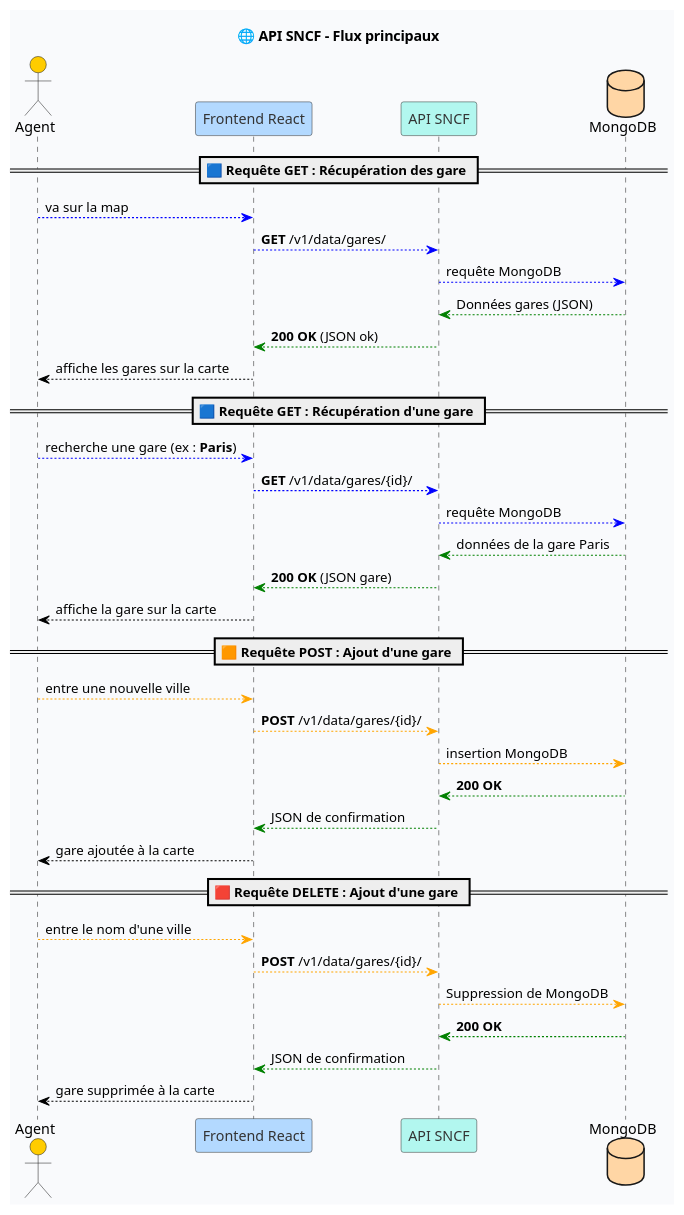
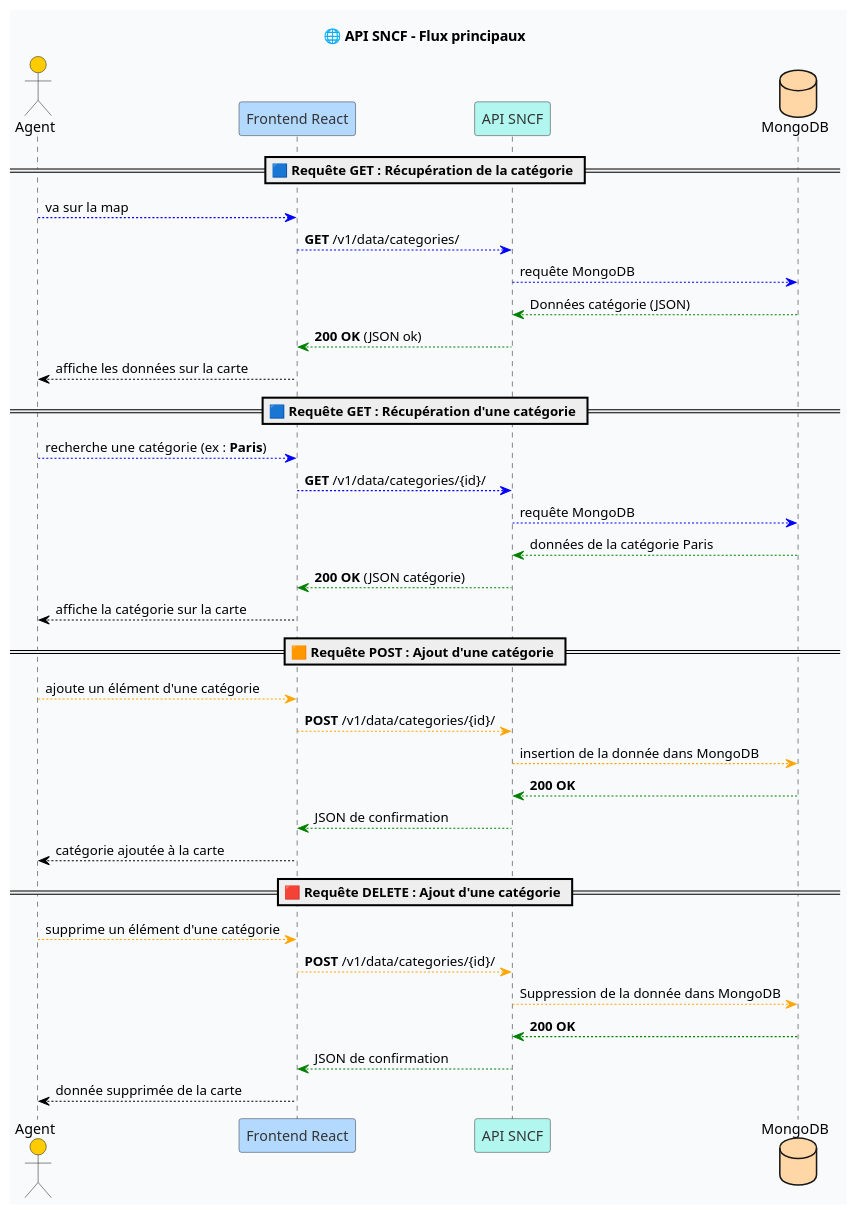
One commit to SNCF-Explorer/api_sncfexplorer changed the diagram in docs/architecture-puml/api-architecture.puml. Above: the diagram before and after it, drawn with PlantUML.

Commit message:
Change API's Architecture

```diff
--- a/docs/architecture-puml/api-architecture.puml
+++ b/docs/architecture-puml/api-architecture.puml
@@ -1,51 +1,51 @@
 @startuml 🌐 API SNCF - Flux principaux 
 title 🌐 API SNCF - Flux principaux
 
 skinparam backgroundColor #f9fafc
 skinparam participant {
   BackgroundColor #ffffff
   BorderColor #333
   FontColor #333
 }
 
 actor Agent #ffcc00
 participant "Frontend React" as Front #b3d9ff
 participant "API SNCF" as API #b2f7ef
 database "MongoDB" as DB #ffd6a5
 
-== 🟦 Requête GET : Récupération des gare ==
+== 🟦 Requête GET : Récupération de la catégorie ==
 
 Agent -[#blue]-> Front : va sur la map
-Front -[#blue]-> API : <b>GET</b> /v1/data/gares/
+Front -[#blue]-> API : <b>GET</b> /v1/data/categories/
 API -[#blue]-> DB : requête MongoDB
-DB -[#green,dashed]-> API : Données gares (JSON)
+DB -[#green,dashed]-> API : Données catégorie (JSON)
 API -[#green]-> Front : <b>200 OK</b> (JSON ok)
-Front -[#black]-> Agent : affiche les gares sur la carte
+Front -[#black]-> Agent : affiche les données sur la carte
 
-== 🟦 Requête GET : Récupération d'une gare ==
+== 🟦 Requête GET : Récupération d'une catégorie ==
 
-Agent -[#blue]-> Front : recherche une gare (ex : <b>Paris</b>)
-Front -[#blue]-> API : <b>GET</b> /v1/data/gares/{id}/
+Agent -[#blue]-> Front : recherche une catégorie (ex : <b>Paris</b>)
+Front -[#blue]-> API : <b>GET</b> /v1/data/categories/{id}/
 API -[#blue]-> DB : requête MongoDB
-DB -[#green,dashed]-> API : données de la gare Paris
-API -[#green]-> Front : <b>200 OK</b> (JSON gare)
-Front -[#black]-> Agent : affiche la gare sur la carte
+DB -[#green,dashed]-> API : données de la catégorie Paris
+API -[#green]-> Front : <b>200 OK</b> (JSON catégorie)
+Front -[#black]-> Agent : affiche la catégorie sur la carte
 
-== 🟧 Requête POST : Ajout d'une gare ==
+== 🟧 Requête POST : Ajout d'une catégorie ==
 
-Agent -[#orange]-> Front : entre une nouvelle ville
-Front -[#orange]-> API : <b>POST</b> /v1/data/gares/{id}/
-API -[#orange]-> DB : insertion MongoDB
+Agent -[#orange]-> Front : ajoute un élément d'une catégorie
+Front -[#orange]-> API : <b>POST</b> /v1/data/categories/{id}/
+API -[#orange]-> DB : insertion de la donnée dans MongoDB
 DB -[#green,dashed]-> API : <b>200 OK</b>
 API -[#green]-> Front : JSON de confirmation
-Front -[#black]-> Agent : gare ajoutée à la carte
+Front -[#black]-> Agent : catégorie ajoutée à la carte
 
-== 🟥 Requête DELETE : Ajout d'une gare ==
-Agent -[#orange]-> Front : entre le nom d'une ville
-Front -[#orange]-> API : <b>POST</b> /v1/data/gares/{id}/
-API -[#orange]-> DB : Suppression de MongoDB
+== 🟥 Requête DELETE : Ajout d'une catégorie ==
+Agent -[#orange]-> Front : supprime un élément d'une catégorie
+Front -[#orange]-> API : <b>POST</b> /v1/data/categories/{id}/
+API -[#orange]-> DB : Suppression de la donnée dans MongoDB
 DB -[#green,dashed]-> API : <b>200 OK</b>
 API -[#green]-> Front : JSON de confirmation
-Front -[#black]-> Agent : gare supprimée à la carte
+Front -[#black]-> Agent : donnée supprimée de la carte
 
 @enduml
```
